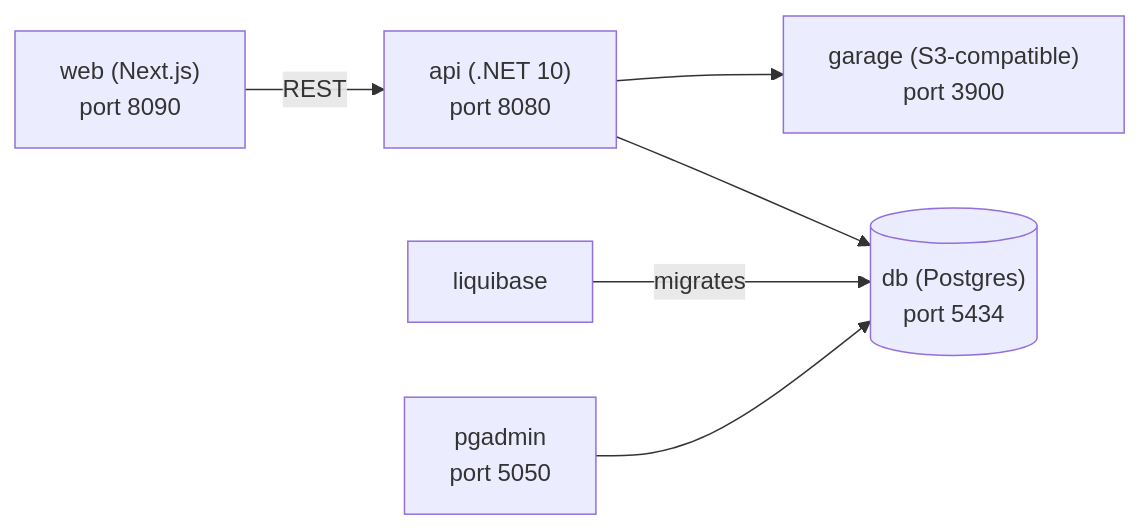
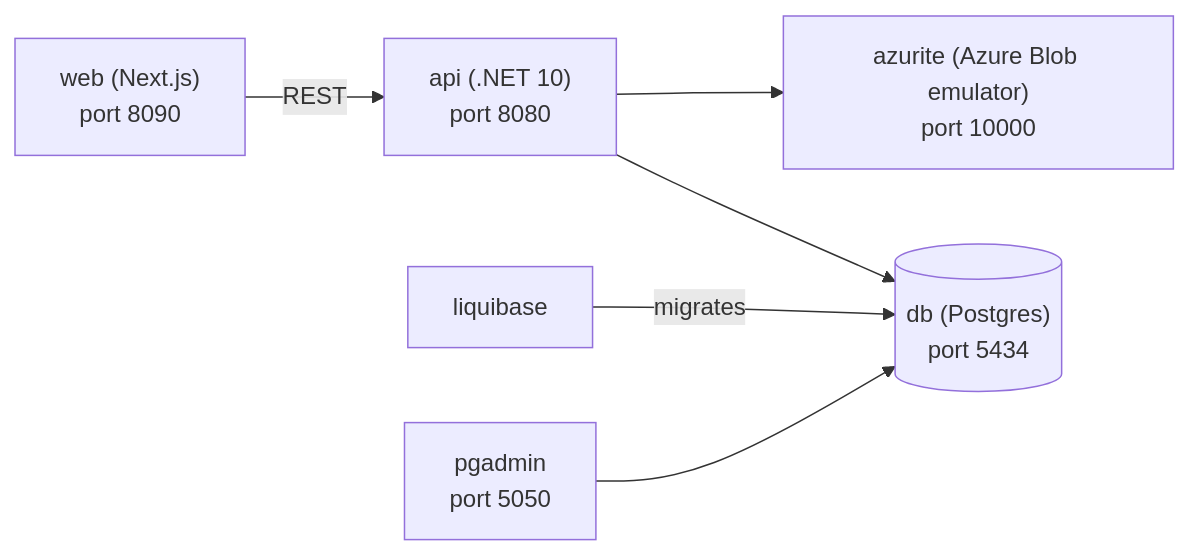
The diagram in README.md (im-mk/nextjs), drawn with Mermaid before and after one commit. The commit also changed other lines of this file and 47 other files, not shown here.

````diff
--- a/README.md
+++ b/README.md
@@ -7,8 +7,8 @@
 ```mermaid
 flowchart LR
     web["web (Next.js)\nport 8090"] -->|REST| api["api (.NET 10)\nport 8080"]
     api --> db[("db (Postgres)\nport 5434")]
-    api --> garage["garage (S3-compatible)\nport 3900"]
+    api --> azurite["azurite (Azure Blob emulator)\nport 10000"]
     liquibase["liquibase"] -->|migrates| db
     pgadmin["pgadmin\nport 5050"] --> db
 ```
````
